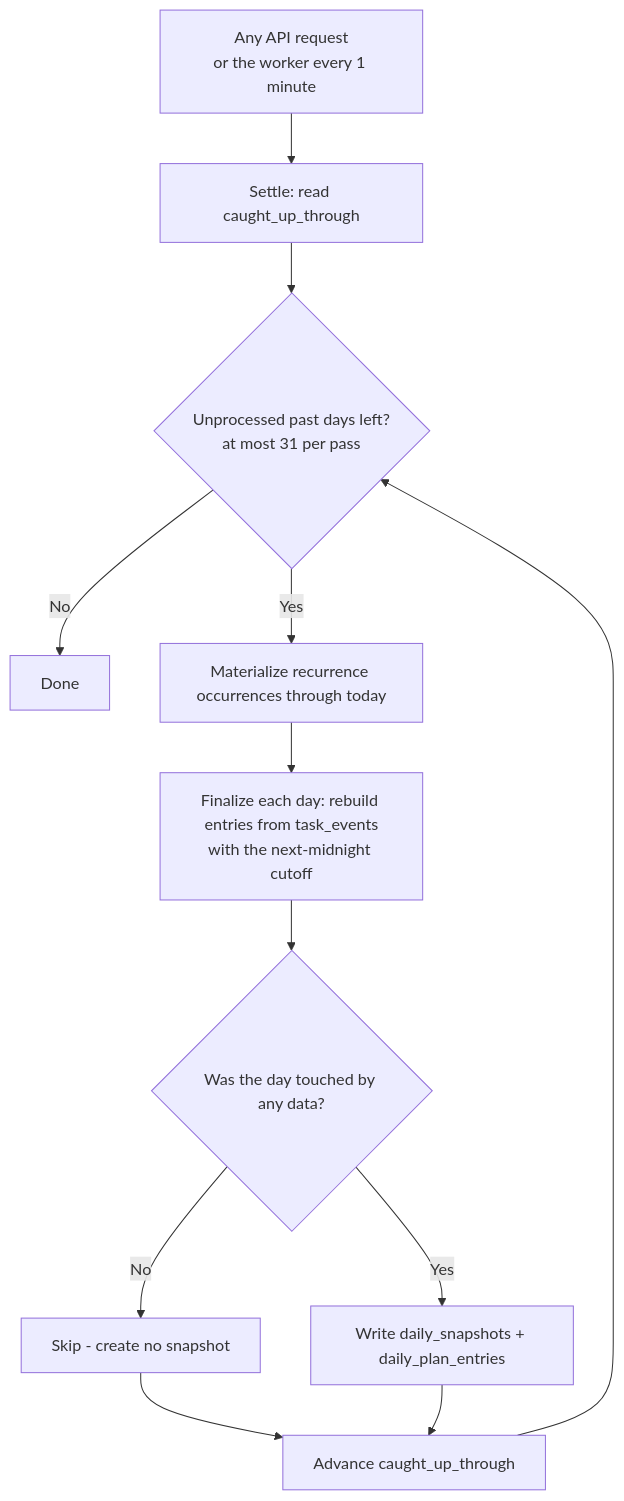
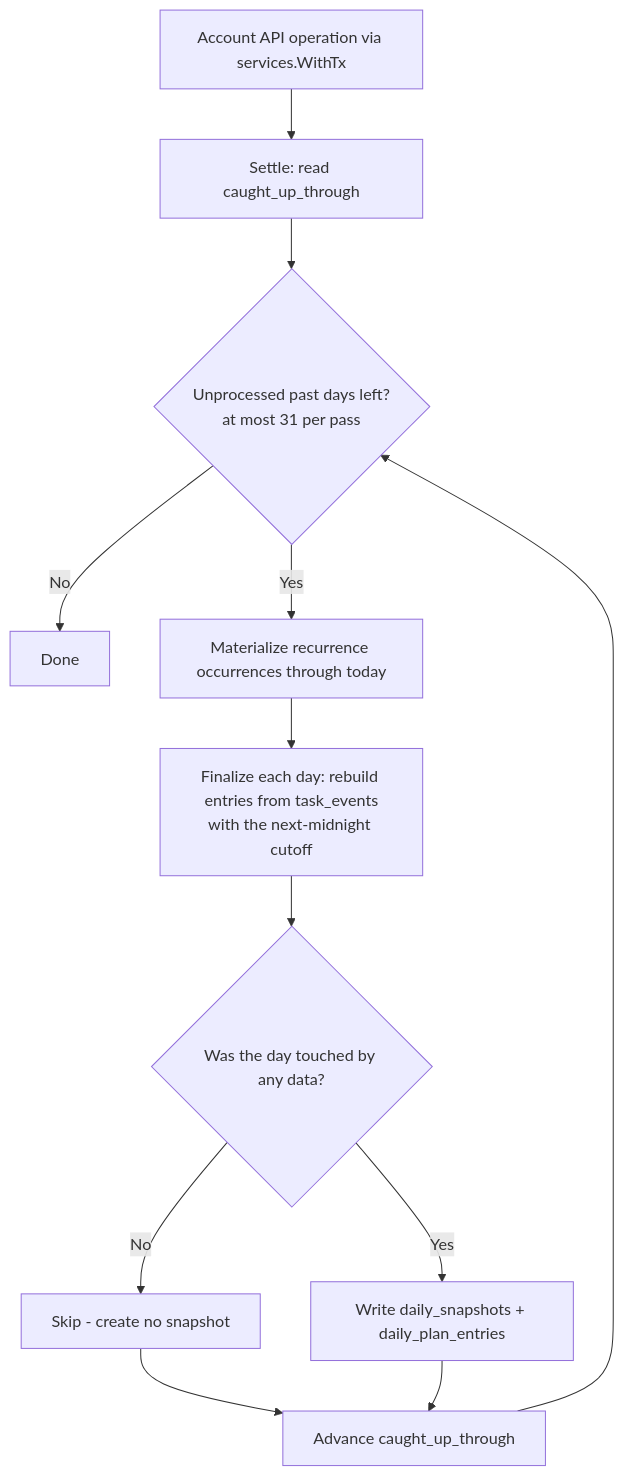
Before and after one commit to Walker-mfj/TodoCal: the first of 2 diagrams in docs/features/07-planning-finalization.md, drawn with Mermaid. The commit also changed other lines of this file and 17 other files, not shown here.

````diff
--- a/docs/features/07-planning-finalization.md
+++ b/docs/features/07-planning-finalization.md
@@ -33,14 +35,14 @@
 ```mermaid
 flowchart TD
-    A[Any API request<br/>or the worker every 1 minute] --> B[Settle: read caught_up_through]
+    A[Account API operation via services.WithTx] --> B[Settle: read caught_up_through]
     B --> C{Unprocessed past days left?<br/>at most 31 per pass}
     C -->|No| Z[Done]
     C -->|Yes| D[Materialize recurrence occurrences through today]
     D --> E[Finalize each day: rebuild entries from task_events<br/>with the next-midnight cutoff]
     E --> F{Was the day touched by any data?}
     F -->|No| G[Skip - create no snapshot]
     F -->|Yes| H[Write daily_snapshots + daily_plan_entries]
     G --> I[Advance caught_up_through]
     H --> I
     I --> C
 ```
````
